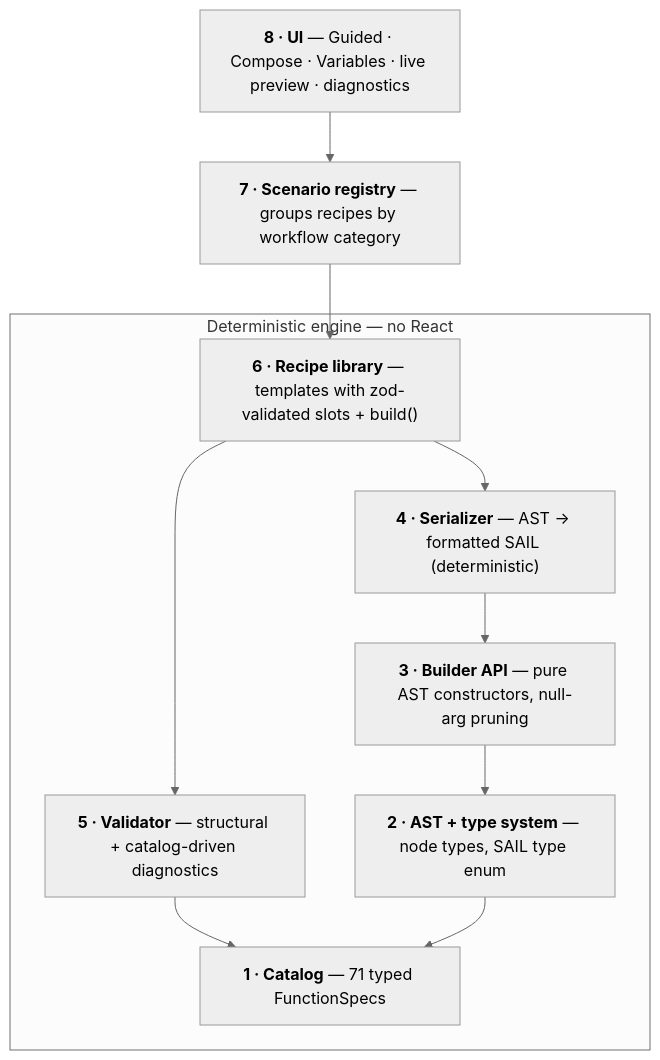
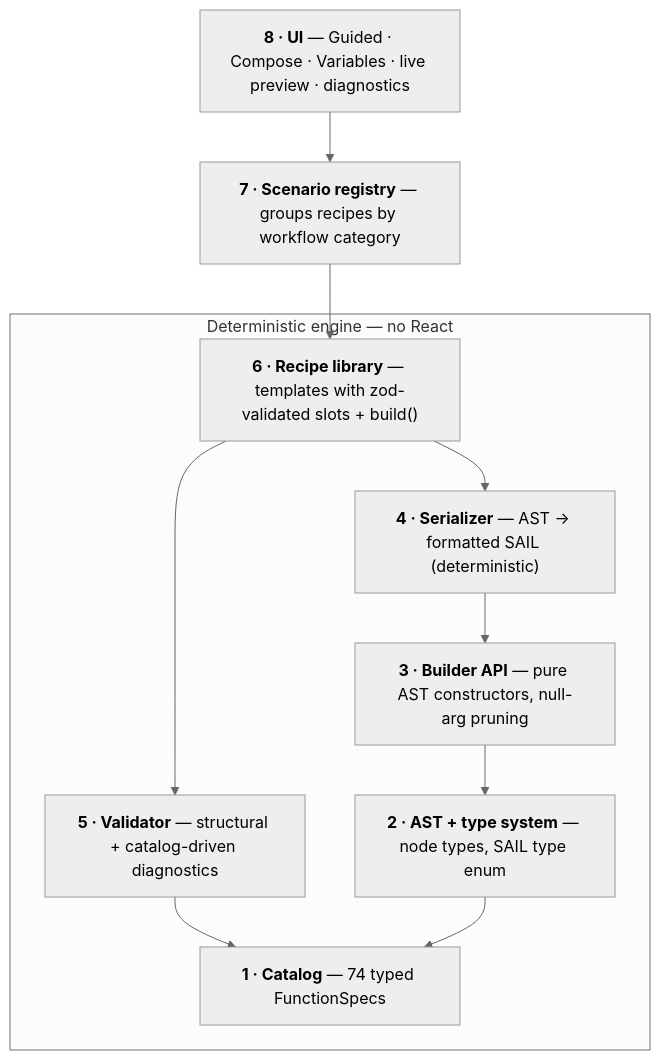
Before and after one commit to creativeskyai/SAIL-Formula-Generator: the diagram in README.md, drawn with Mermaid (neutral theme). The commit also changed other lines of this file, not shown here.

Commit message:
Refresh README: correct stale catalog count and stack list
Catalog badge/diagram said 71 functions; catalog.data.json now has 74
(grown across the exhaustive-audit and validation-gate PRs). Stack list
was missing lucide-react and the bundled Space Grotesk / Geist Mono
fonts added alongside the ink-on-paper theming work — both are real,
load-bearing dependencies now, not implementation details.

````diff
--- a/README.md
+++ b/README.md
@@ -50,27 +50,27 @@
 ```mermaid
 flowchart TD
     UI["<b>8 · UI</b> — Guided · Compose · Variables · live preview · diagnostics"]
     REG["<b>7 · Scenario registry</b> — groups recipes by workflow category"]
     REC["<b>6 · Recipe library</b> — templates with zod-validated slots + build()"]
     VAL["<b>5 · Validator</b> — structural + catalog-driven diagnostics"]
     SER["<b>4 · Serializer</b> — AST → formatted SAIL (deterministic)"]
     BLD["<b>3 · Builder API</b> — pure AST constructors, null-arg pruning"]
     AST["<b>2 · AST + type system</b> — node types, SAIL type enum"]
-    CAT["<b>1 · Catalog</b> — 71 typed FunctionSpecs"]
+    CAT["<b>1 · Catalog</b> — 74 typed FunctionSpecs"]
 
     UI --> REG --> REC
     REC --> SER
     REC --> VAL
     SER --> BLD --> AST
     VAL --> CAT
     AST --> CAT
 
     subgraph engine ["Deterministic engine — no React"]
         REC
         VAL
         SER
         BLD
         AST
         CAT
     end
 ```
````
